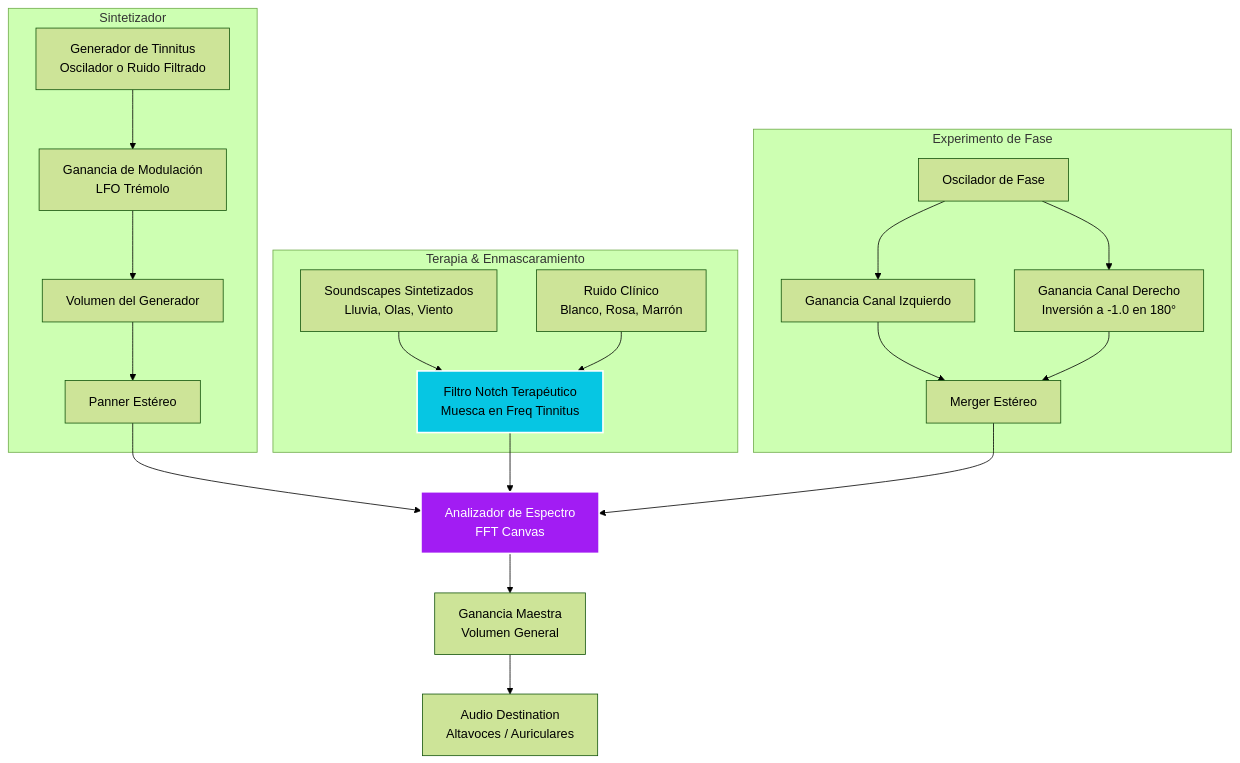
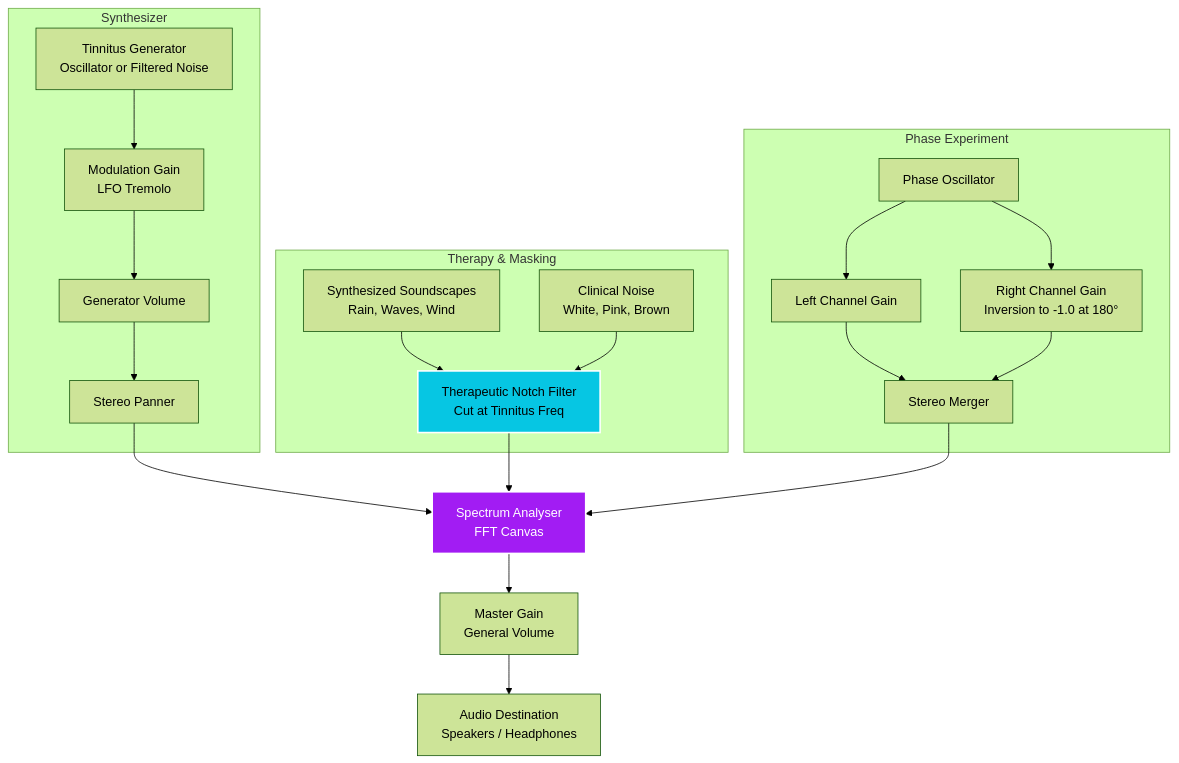
One commit to nucket/TinniTune changed the diagram in README.md. Above: the diagram before and after it, drawn with Mermaid (forest theme). The commit also changed other lines of this file and 5 other files, not shown here.

````diff
--- a/README.md
+++ b/README.md
@@ -39,34 +39,34 @@
 ```mermaid
 graph TD
-    %% Nodos de Entrada del Sintetizador
-    subgraph Sintetizador
-        A[Generador de Tinnitus<br>Oscilador o Ruido Filtrado] --> B[Ganancia de Modulación<br>LFO Trémolo]
-        B --> C[Volumen del Generador]
-        C --> D[Panner Estéreo]
+    %% Synthesizer Input Nodes
+    subgraph Synthesizer
+        A[Tinnitus Generator<br>Oscillator or Filtered Noise] --> B[Modulation Gain<br>LFO Tremolo]
+        B --> C[Generator Volume]
+        C --> D[Stereo Panner]
     end
 
-    %% Nodos de Terapia y Enmascaramiento
-    subgraph Terapia & Enmascaramiento
-        E[Soundscapes Sintetizados<br>Lluvia, Olas, Viento] --> H[Filtro Notch Terapéutico<br>Muesca en Freq Tinnitus]
-        F[Ruido Clínico<br>Blanco, Rosa, Marrón] --> H
+    %% Therapy & Masking Nodes
+    subgraph Therapy & Masking
+        E[Synthesized Soundscapes<br>Rain, Waves, Wind] --> H[Therapeutic Notch Filter<br>Cut at Tinnitus Freq]
+        F[Clinical Noise<br>White, Pink, Brown] --> H
     end
 
-    %% Experimento de Desfase
-    subgraph Experimento de Fase
-        I[Oscilador de Fase] --> J[Ganancia Canal Izquierdo]
-        I --> K[Ganancia Canal Derecho<br>Inversión a -1.0 en 180°]
-        J --> L[Merger Estéreo]
+    %% Phase Experiment Nodes
+    subgraph Phase Experiment
+        I[Phase Oscillator] --> J[Left Channel Gain]
+        I --> K[Right Channel Gain<br>Inversion to -1.0 at 180°]
+        J --> L[Stereo Merger]
         K --> L
     end
 
-    %% Conexiones al Analizador y Destino
-    D --> M[Analizador de Espectro<br>FFT Canvas]
+    %% Analyzer & Destination Connections
+    D --> M[Spectrum Analyser<br>FFT Canvas]
     H --> M
     L --> M
     
-    M --> N[Ganancia Maestra<br>Volumen General]
-    N --> O[Audio Destination<br>Altavoces / Auriculares]
+    M --> N[Master Gain<br>General Volume]
+    N --> O[Audio Destination<br>Speakers / Headphones]
 
     style H fill:#06c6e3,stroke:#fff,stroke-width:2px,color:#000
     style M fill:#a21cf3,stroke:#fff,stroke-width:2px,color:#fff
 ```
````
